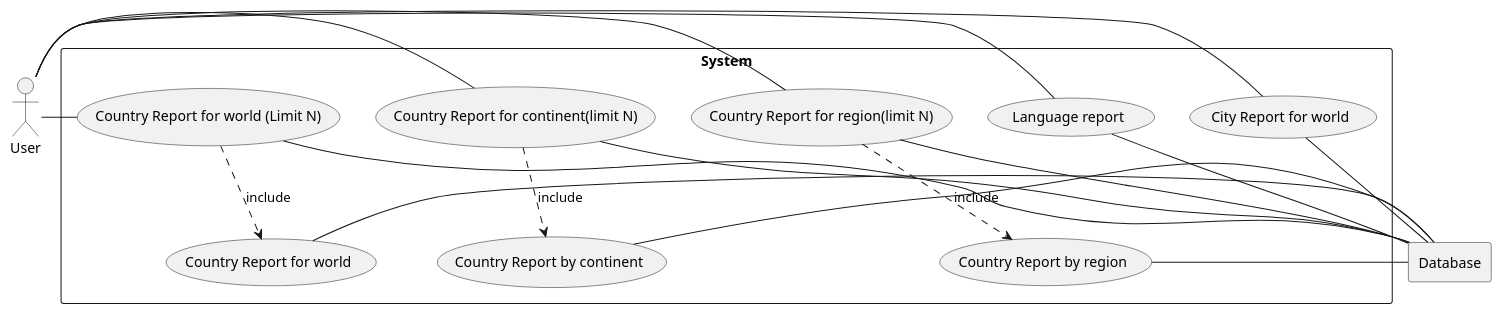
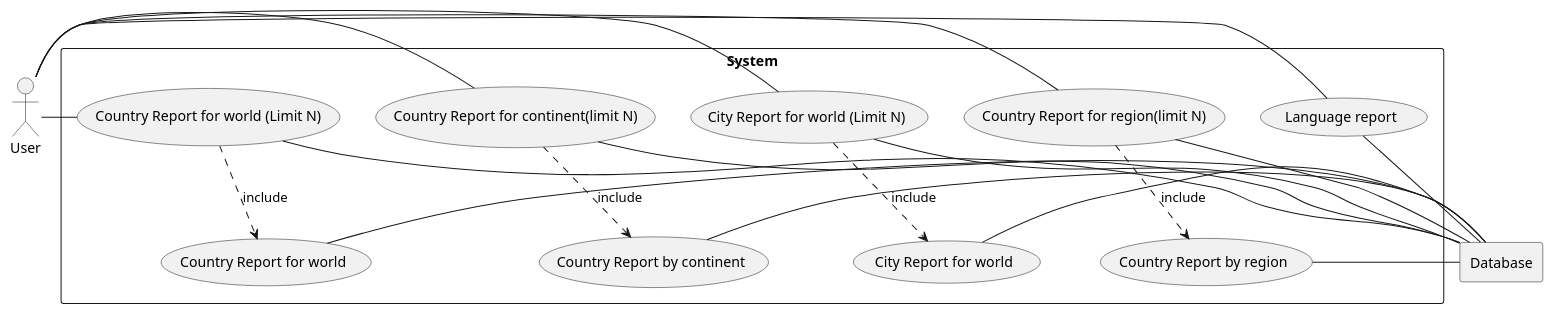
Before and after one commit to Drakon4ik-Coder/SET08103_GP: the diagram in use-cases/diagram-1.puml, drawn with PlantUML. The commit also changed 1 other file, not shown here.

Commit message:
Added use case for City report for world (Limit N)

```diff
--- a/use-cases/diagram-1.puml
+++ b/use-cases/diagram-1.puml
@@ -1,37 +1,40 @@
 @startuml
 
 actor U as "User"
 
 rectangle Database
 
 rectangle "System" {
     usecase UC1 as "Country Report for world"
     usecase UC2 as "Country Report for world (Limit N)"
     usecase UC3 as "Country Report by continent"
     usecase UC4 as "Country Report for continent(limit N)"
     usecase UC5 as "Country Report by region"
     usecase UC6 as "Country Report for region(limit N)"
     usecase UC7 as "Language report"
     usecase UC8 as "City Report for world"
+    usecase UC9 as "City Report for world (Limit N)"
 
     U - UC2
     U - UC4
     U - UC6
     U - UC7
-    U - UC8
+    U - UC9
 
     UC2 ..> UC1 : include
     UC4 ..> UC3 : include
     UC6 ..> UC5 : include
+    UC9 ..> UC8 : include
 
     UC1 - Database
     UC2 - Database
     UC3 - Database
     UC4 - Database
     UC5 - Database
     UC6 - Database
     UC7 - Database
     UC8 - Database
+    UC9 - Database
 }
 
 @enduml
```
